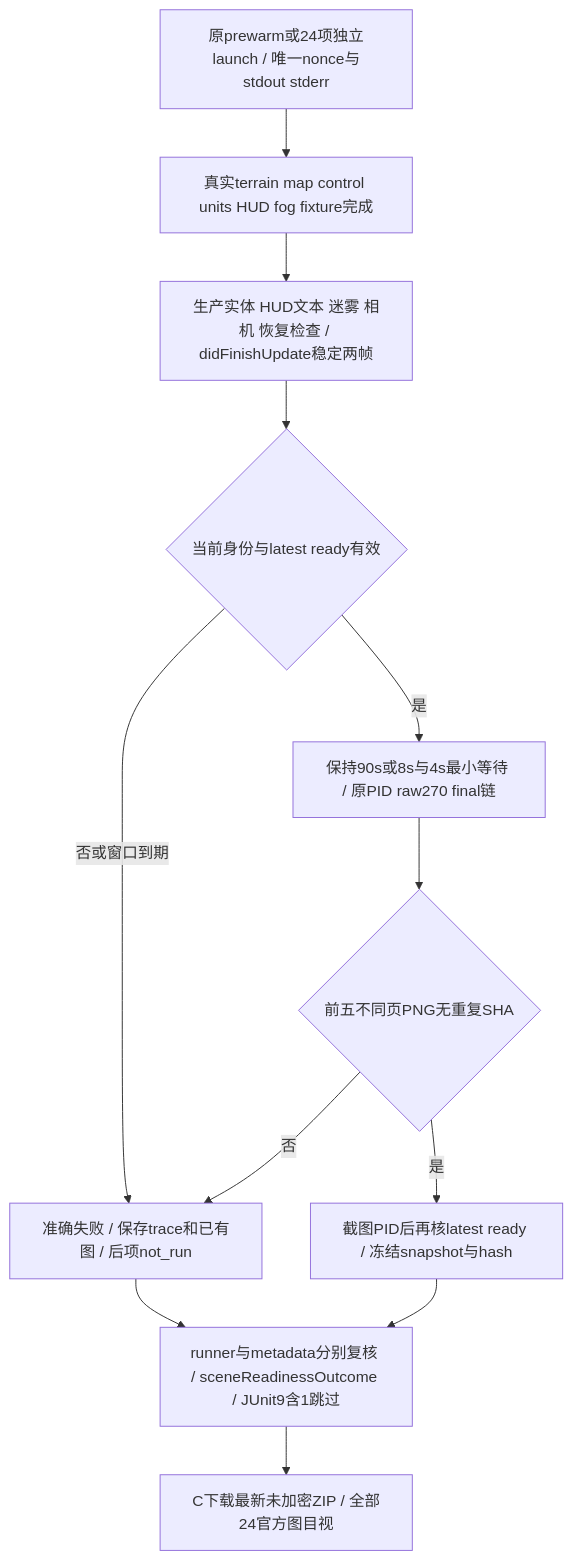
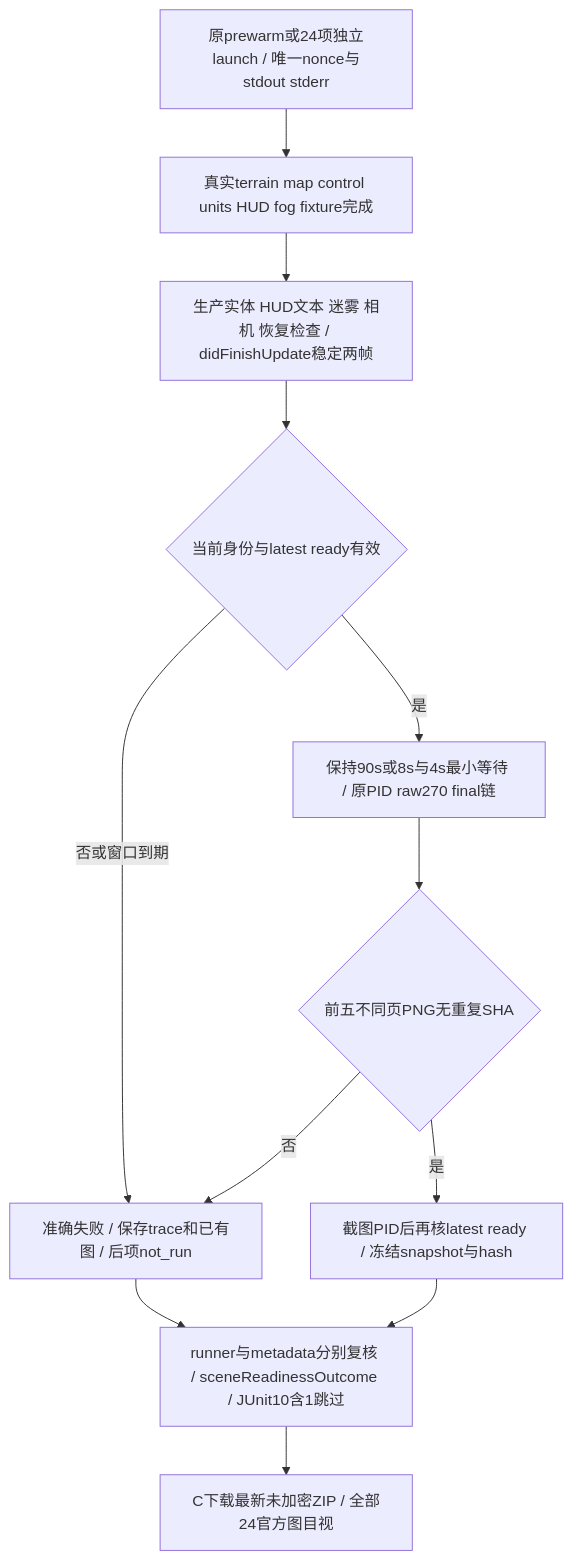
The fifth of 7 diagrams in md/flow/flowchart.md (Altman-sam114/1145), drawn with Mermaid before and after one commit. The commit also changed other lines of this file and 8 other files, not shown here.

````diff
--- a/md/flow/flowchart.md
+++ b/md/flow/flowchart.md
@@ -214,14 +214,14 @@
 ```mermaid
 flowchart TD
   Launch[原prewarm或24项独立launch / 唯一nonce与stdout stderr] --> Stages[真实terrain map control units HUD fog fixture完成]
   Stages --> Frames[生产实体 HUD文本 迷雾 相机 恢复检查 / didFinishUpdate稳定两帧]
   Frames --> Ready{当前身份与latest ready有效}
   Ready -- 否或窗口到期 --> Stop[准确失败 / 保存trace和已有图 / 后项not_run]
   Ready -- 是 --> Image[保持90s或8s与4s最小等待 / 原PID raw270 final链]
   Image --> Unique{前五不同页PNG无重复SHA}
   Unique -- 否 --> Stop
   Unique -- 是 --> Seal[截图PID后再核latest ready / 冻结snapshot与hash]
-  Seal --> Metadata[runner与metadata分别复核 / sceneReadinessOutcome / JUnit9含1跳过]
+  Seal --> Metadata[runner与metadata分别复核 / sceneReadinessOutcome / JUnit10含1跳过]
   Metadata --> Review[C下载最新未加密ZIP / 全部24官方图目视]
   Stop --> Metadata
 ```
````
